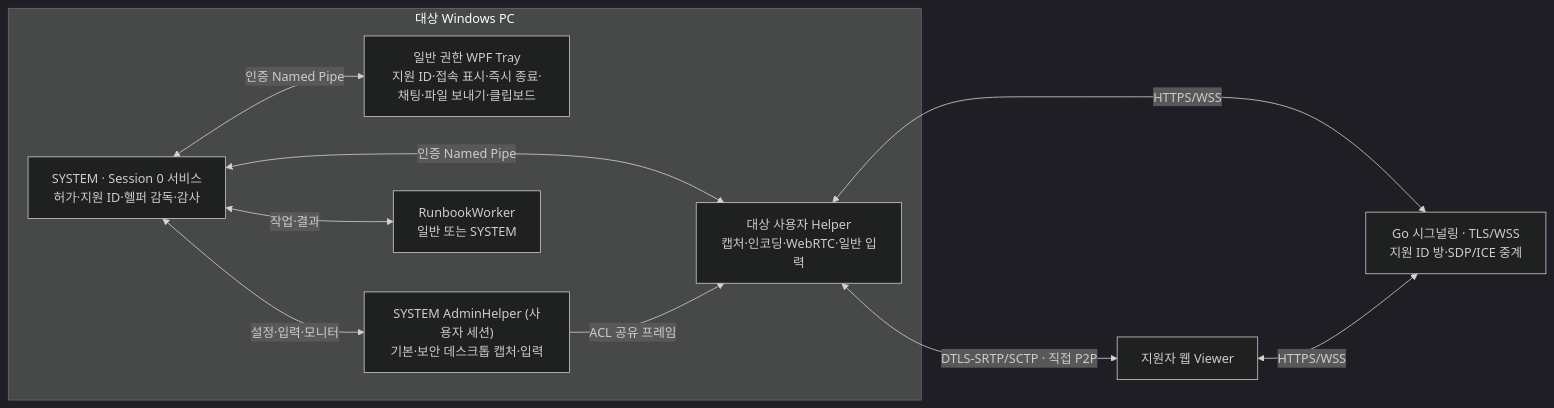
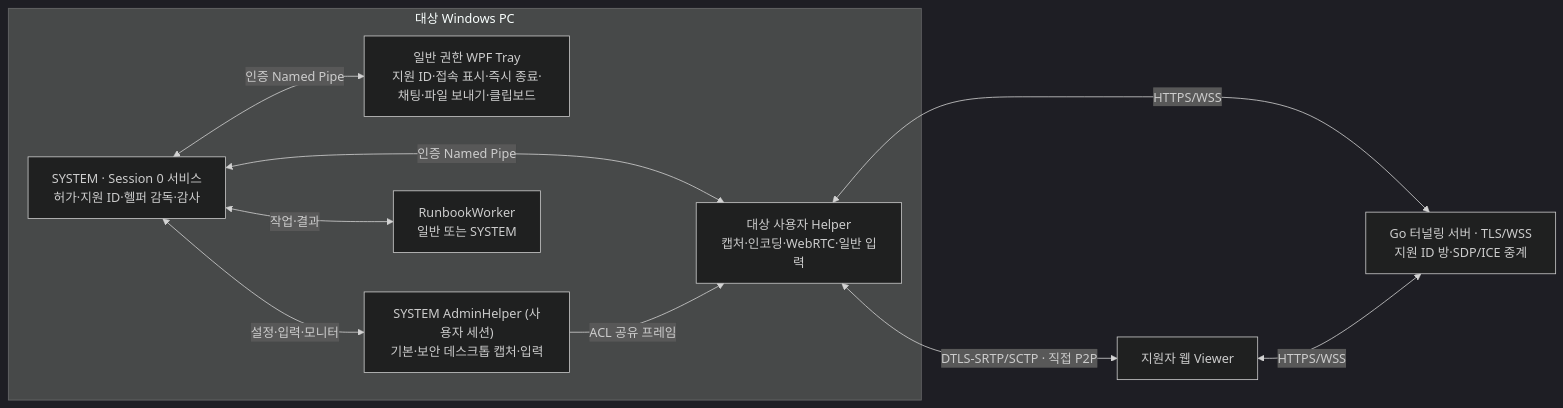
Before and after one commit to jacking75/KnockHB: the diagram in docs/architecture.md, drawn with Mermaid (dark theme). The commit also changed other lines of this file and 64 other files, not shown here.

````diff
--- a/docs/architecture.md
+++ b/docs/architecture.md
@@ -7,20 +7,20 @@
 ```mermaid
 flowchart LR
  subgraph target["대상 Windows PC"]
   service["SYSTEM · Session 0 서비스\n허가·지원 ID·헬퍼 감독·감사"]
   tray["일반 권한 WPF Tray\n지원 ID·접속 표시·즉시 종료·채팅·파일 보내기·클립보드"]
   helper["대상 사용자 Helper\n캡처·인코딩·WebRTC·일반 입력"]
   admin["SYSTEM AdminHelper (사용자 세션)\n기본·보안 데스크톱 캡처·입력"]
   book["RunbookWorker\n일반 또는 SYSTEM"]
   service <-->|"인증 Named Pipe"| tray
   service <-->|"인증 Named Pipe"| helper
   service <-->|"설정·입력·모니터"| admin
   service <-->|"작업·결과"| book
   admin -->|"ACL 공유 프레임"| helper
  end
- go["Go 시그널링 · TLS/WSS\n지원 ID 방·SDP/ICE 중계"]
+ go["Go 터널링 서버 · TLS/WSS\n지원 ID 방·SDP/ICE 중계"]
  viewer["지원자 웹 Viewer"]
  helper <-->|"HTTPS/WSS"| go
  viewer <-->|"HTTPS/WSS"| go
  helper <-->|"DTLS-SRTP/SCTP · 직접 P2P"| viewer
 ```
````
